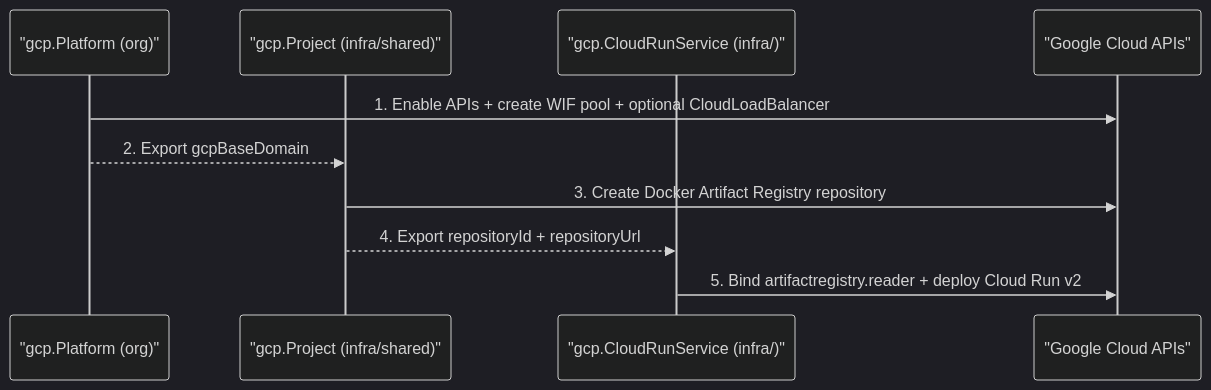
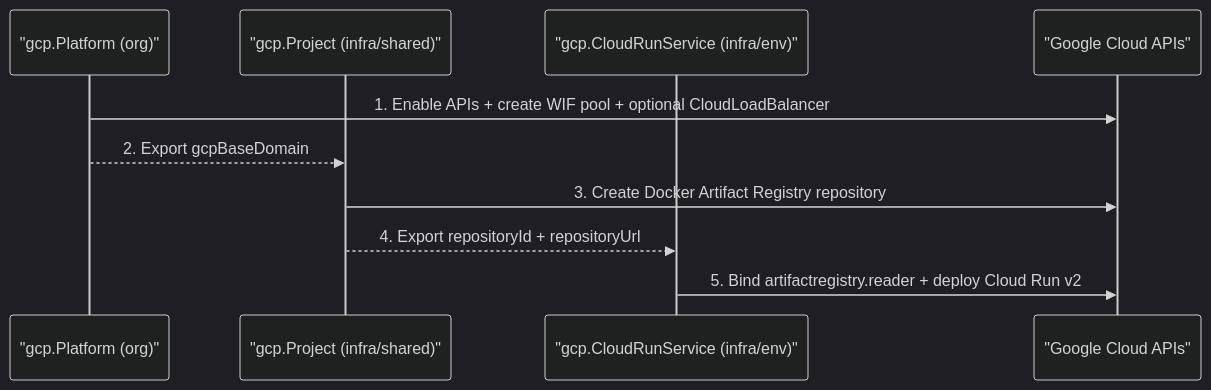
Before and after one commit to cloudvoyant/openbase: the second of 2 diagrams in docs/architecture/providers/gcp/index.md, drawn with Mermaid (dark theme). The commit also changed other lines of this file and 36 other files, not shown here.

First line of the commit message:
refactor(e2e,docs): standardize infra/{platform,shared,env} layout

````diff
--- a/docs/architecture/providers/gcp/index.md
+++ b/docs/architecture/providers/gcp/index.md
@@ -61,13 +61,13 @@
 ```mermaid
 sequenceDiagram
     participant Plat as "gcp.Platform (org)"
     participant Proj as "gcp.Project (infra/shared)"
-    participant Svc as "gcp.CloudRunService (infra/)"
+    participant Svc as "gcp.CloudRunService (infra/env)"
     participant GCP as "Google Cloud APIs"
 
     Plat->>GCP: 1. Enable APIs + create WIF pool + optional CloudLoadBalancer
     Plat-->>Proj: 2. Export gcpBaseDomain
     Proj->>GCP: 3. Create Docker Artifact Registry repository
     Proj-->>Svc: 4. Export repositoryId + repositoryUrl
     Svc->>GCP: 5. Bind artifactregistry.reader + deploy Cloud Run v2
 ```
````
